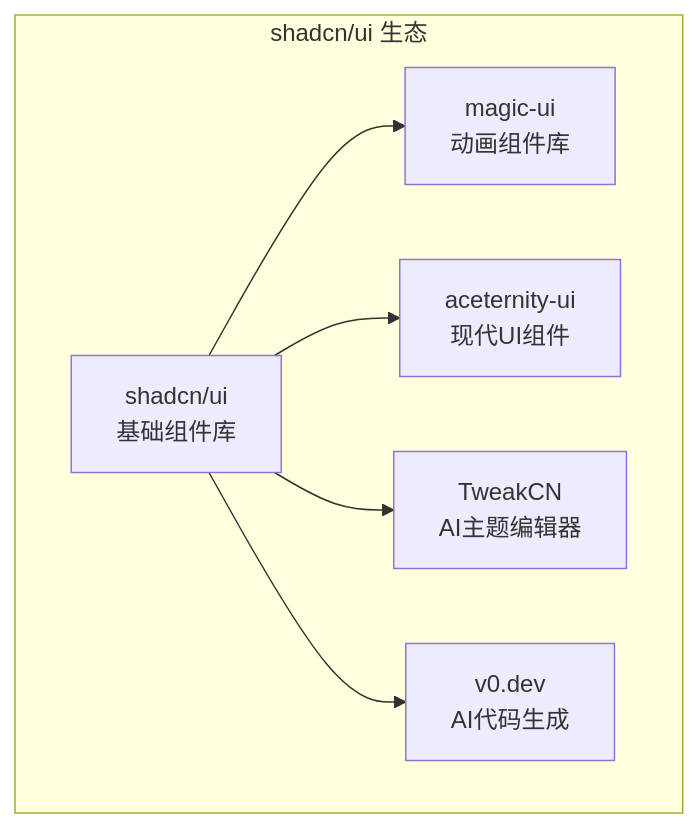
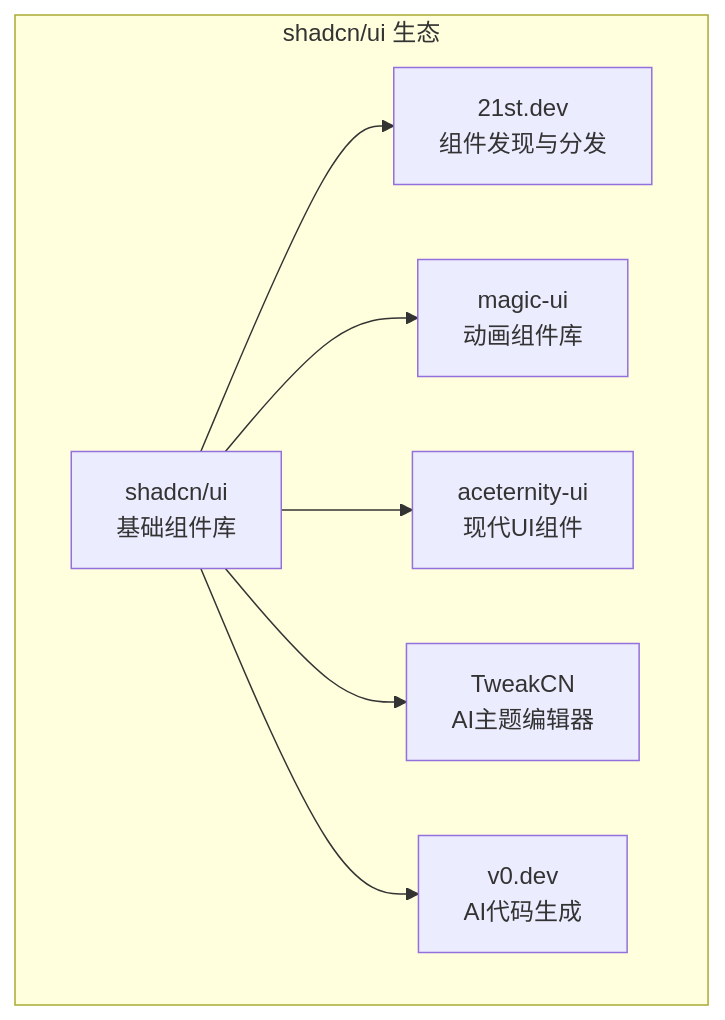
Diagram 17 of 30 in 第2课-shadcn-ui/final-content.md (limelightarabesque224/ai-native-frontend-bootcamp), drawn with Mermaid before and after one commit. The commit also changed other lines of this file and 17 other files, not shown here.

````diff
--- a/第2课-shadcn-ui/final-content.md
+++ b/第2课-shadcn-ui/final-content.md
@@ -962,15 +993,17 @@
 ```mermaid
 flowchart TB
     subgraph Ecosystem["shadcn/ui 生态"]
         Core["shadcn/ui<br/>基础组件库"]
+        TwentyFirst["21st.dev<br/>组件发现与分发"]
         Magic["magic-ui<br/>动画组件库"]
         Aceternity["aceternity-ui<br/>现代UI组件"]
         Tweak["TweakCN<br/>AI主题编辑器"]
         V0["v0.dev<br/>AI代码生成"]
     end
     
+    Core --> TwentyFirst
     Core --> Magic
     Core --> Aceternity
     Core --> Tweak
     Core --> V0
 ```
````
